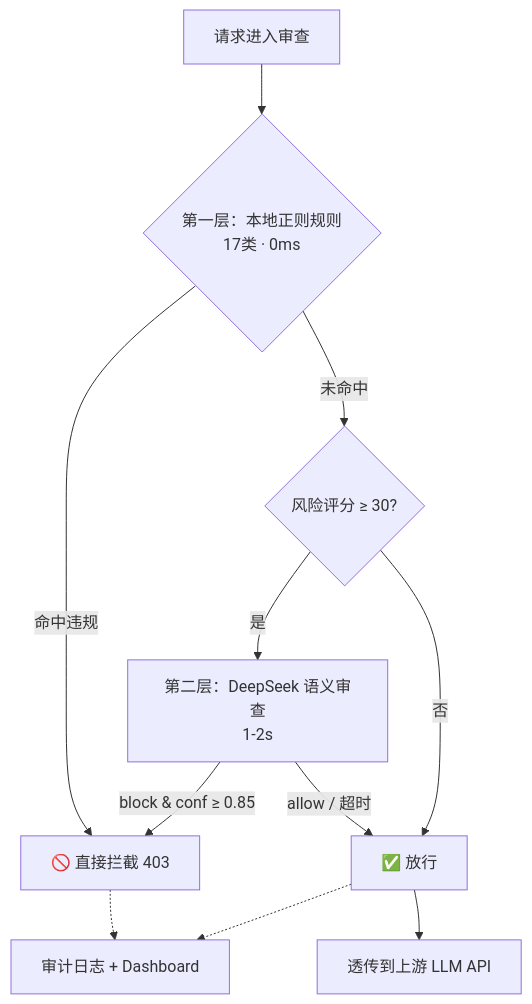
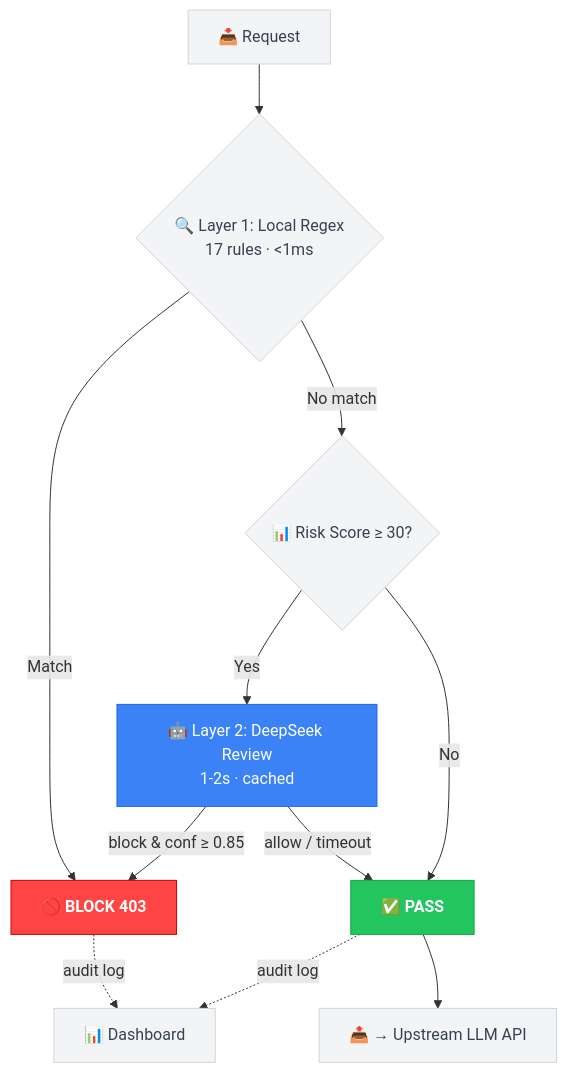
Before and after one commit to 1EchA/prompt-guard: the first of 2 diagrams in README.md, drawn with Mermaid. The commit also changed other lines of this file, not shown here.

First line of the commit message:
docs: premium README with colored mermaid, collapsible sections, comparison table

````diff
--- a/README.md
+++ b/README.md
@@ -38,13 +38,25 @@
 ```mermaid
 graph TD
-    A[请求进入审查] --> B{第一层：本地正则规则<br/>17类 · 0ms}
-    B -->|命中违规| C[🚫 直接拦截 403]
-    B -->|未命中| D{风险评分 ≥ 30?}
-    D -->|是| E[第二层：DeepSeek 语义审查<br/>1-2s]
-    E -->|block & conf ≥ 0.85| C
-    E -->|allow / 超时| F[✅ 放行]
-    D -->|否| F
-    C -.-> G[审计日志 + Dashboard]
-    F -.-> G
-    F --> H[透传到上游 LLM API]
+    A[📥 Request] --> B{"🔍 Layer 1: Local Regex<br/>17 rules · <1ms"}
+    B -->|Match| C["🚫 BLOCK 403"]
+    B -->|No match| D{"📊 Risk Score ≥ 30?"}
+
+    D -->|Yes| E["🤖 Layer 2: DeepSeek Review<br/>1-2s · cached"]
+    E -->|"block & conf ≥ 0.85"| C
+    E -->|"allow / timeout"| F["✅ PASS"]
+    D -->|No| F
+
+    C -.->|"audit log"| G[📊 Dashboard]
+    F -.->|"audit log"| G
+    F --> H["📤 → Upstream LLM API"]
+
+    classDef block fill:#ff4444,stroke:#cc0000,color:#fff,font-weight:bold
+    classDef pass fill:#22c55e,stroke:#16a34a,color:#fff,font-weight:bold
+    classDef review fill:#3b82f6,stroke:#2563eb,color:#fff
+    classDef neutral fill:#f3f4f6,stroke:#d1d5db,color:#374151
+
+    class C block
+    class F pass
+    class E review
+    class A,B,D,G,H neutral
 ```
````
